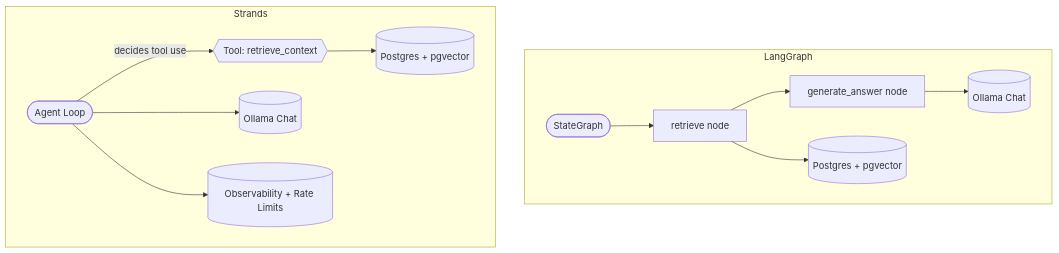
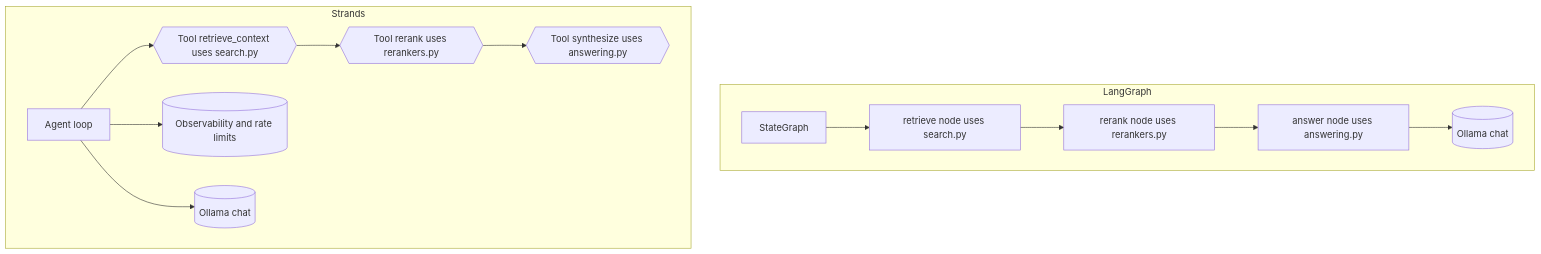
One commit to vappador/rag_pgvector changed the second of 2 diagrams in README.md. Above: the diagram before and after it, drawn with Mermaid. The commit also changed other lines of this file, not shown here.

````diff
--- a/README.md
+++ b/README.md
@@ -86,20 +95,21 @@
 ```mermaid
 flowchart TB
   subgraph LangGraph
-    LG1([StateGraph])
-    LG2[retrieve node]
-    LG3[generate_answer node]
-    LG1 --> LG2 --> LG3
-    LG3 --> LG4[(Ollama Chat)]
-    LG2 --> LG5[(Postgres + pgvector)]
+    L1[StateGraph]
+    L2[retrieve node uses search.py]
+    L3[rerank node uses rerankers.py]
+    L4[answer node uses answering.py]
+    L1 --> L2 --> L3 --> L4
+    L4 --> L5[(Ollama chat)]
   end
 
   subgraph Strands
-    ST1([Agent Loop])
-    ST2{{Tool: retrieve_context}}
-    ST1 -->|decides tool use| ST2
-    ST2 --> ST5[(Postgres + pgvector)]
-    ST1 --> ST4[(Ollama Chat)]
-    ST1 --> ST6[(Observability + Rate Limits)]
+    S1[Agent loop]
+    S2{{Tool retrieve_context uses search.py}}
+    S3{{Tool rerank uses rerankers.py}}
+    S4{{Tool synthesize uses answering.py}}
+    S1 --> S2 --> S3 --> S4
+    S1 --> S6[(Observability and rate limits)]
+    S1 --> S5[(Ollama chat)]
   end
 ```
````
